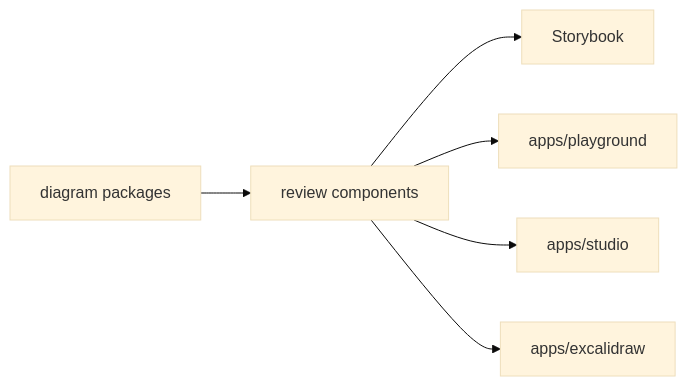
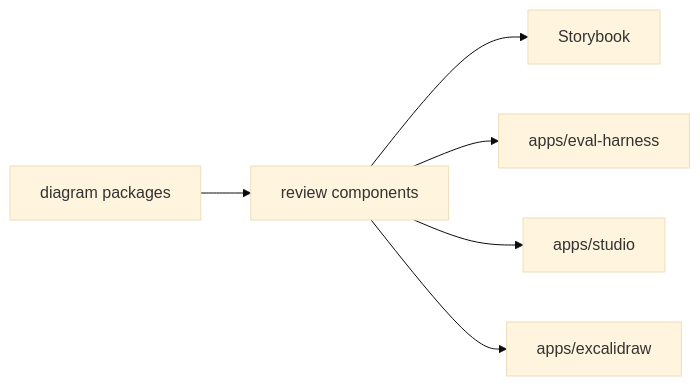
One commit to shpitdev/sketchi changed the diagram in packages/diagram-studio-ui/README.md. Above: the diagram before and after it, drawn with Mermaid (base theme). The commit also changed 47 other files, not shown here.

Commit message:
refactor: rename internal eval harness app (#220)

````diff
--- a/packages/diagram-studio-ui/README.md
+++ b/packages/diagram-studio-ui/README.md
@@ -5,8 +5,8 @@
 ```mermaid
 flowchart LR
   Packages["diagram packages"] --> Components["review components"]
   Components --> Storybook["Storybook"]
-  Components --> Playground["apps/playground"]
+  Components --> EvalHarness["apps/eval-harness"]
   Components --> Studio["apps/studio"]
   Components --> Excalidraw["apps/excalidraw"]
 ```
````
